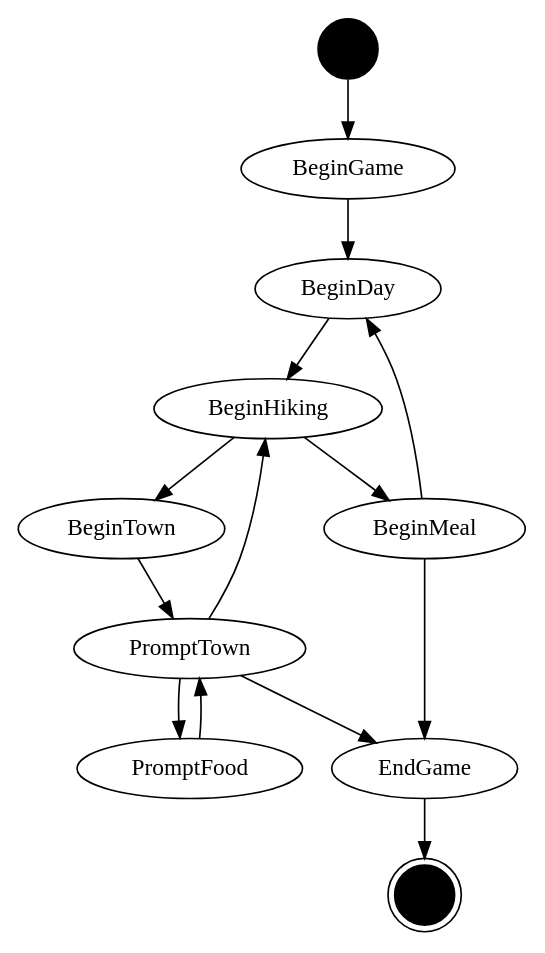
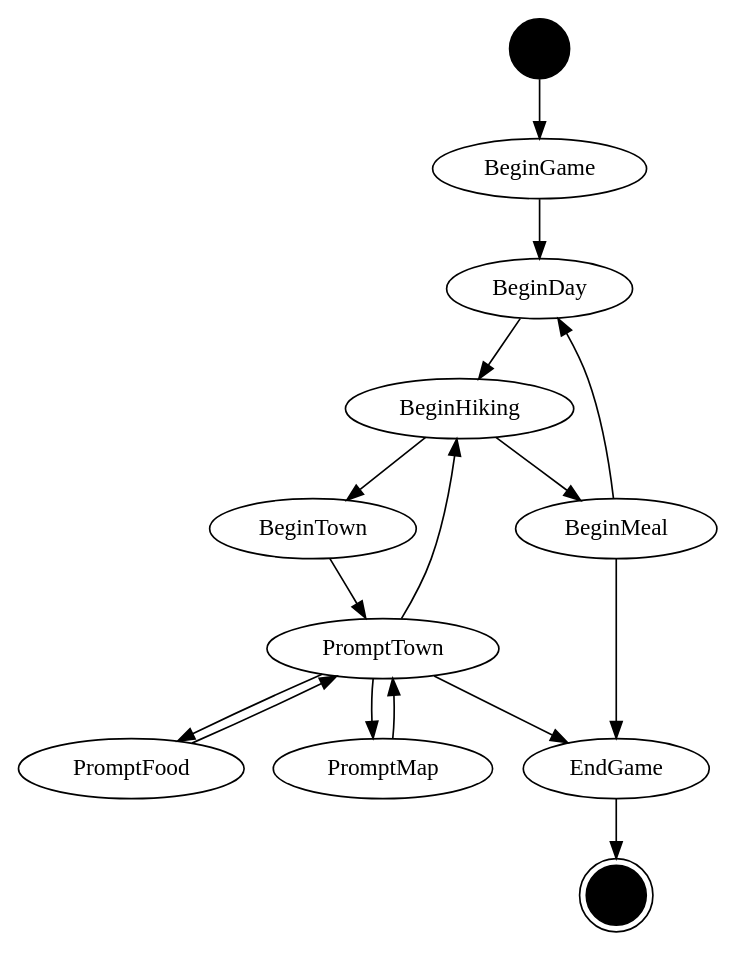
One commit to ahepp/pct changed the diagram in dot/states.dot. Above: the diagram before and after it, drawn with Graphviz. The commit also changed 4 other files, not shown here.

```diff
--- a/dot/states.dot
+++ b/dot/states.dot
@@ -1,17 +1,19 @@
 digraph states {
     start [label="" shape=circle style=filled color=black]
     end [label="" shape=doublecircle style=filled color=black]
     start -> BeginGame
     BeginGame -> BeginDay
     BeginDay -> BeginHiking
     BeginHiking -> BeginTown
     BeginHiking -> BeginMeal
     BeginTown -> PromptTown
     PromptTown -> BeginHiking
     PromptTown -> PromptFood
+    PromptTown -> PromptMap
     PromptTown -> EndGame
     BeginMeal -> BeginDay
     BeginMeal -> EndGame
     PromptFood -> PromptTown
+    PromptMap -> PromptTown
     EndGame -> end
 }
```
